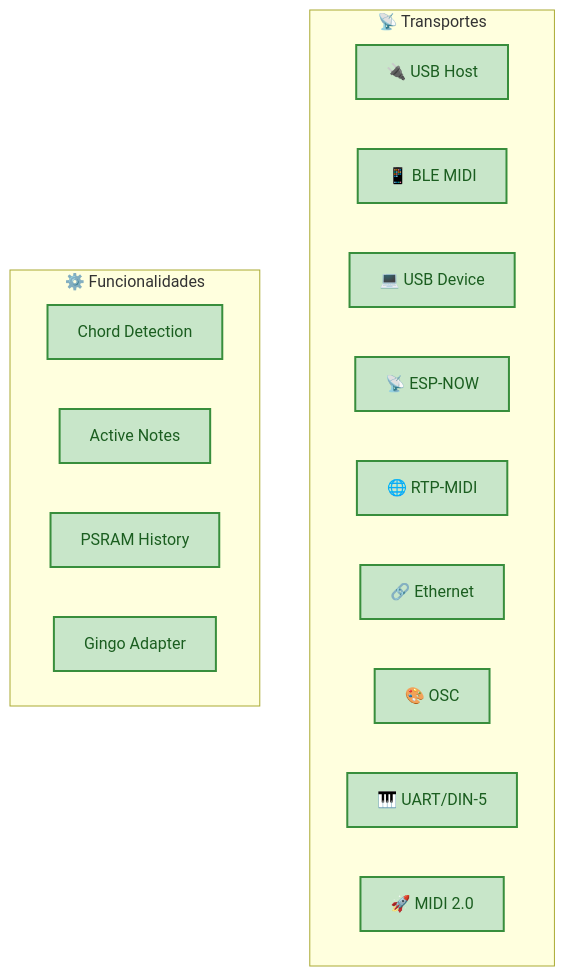
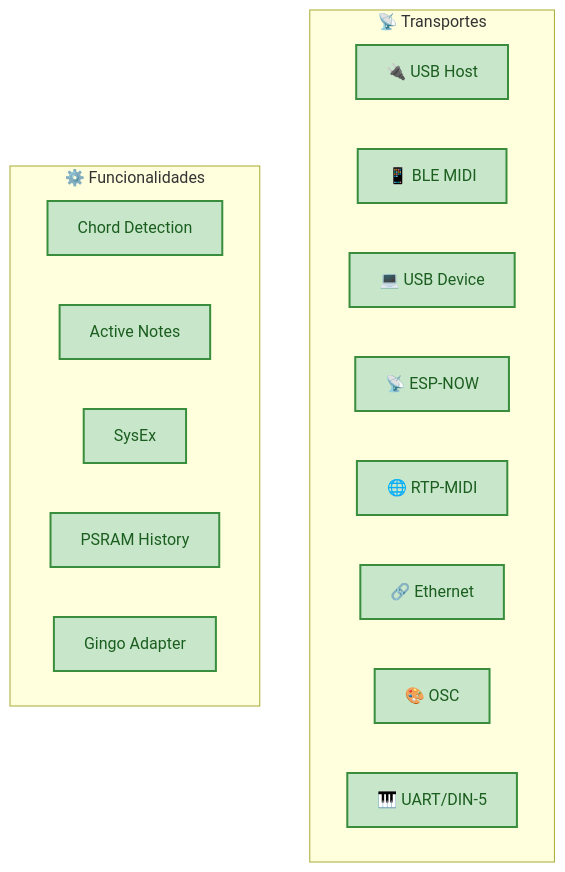
Before and after one commit to sauloverissimo/ESP32_Host_MIDI: the diagram in docs/roadmap.md, drawn with Mermaid. The commit also changed other lines of this file and 20 other files, not shown here.

Commit message:
Add AM_MIDI2.0Lib adapter, SysEx7 UMP, hide proprietary UDP transport

````diff
--- a/docs/roadmap.md
+++ b/docs/roadmap.md
@@ -11,26 +11,26 @@
 ```mermaid
 graph TD
     classDef done fill:#C8E6C9,color:#1B5E20,stroke:#388E3C,stroke-width:2px
     classDef feat fill:#B3E5FC,color:#01579B,stroke:#0288D1,stroke-width:2px
 
     subgraph T["📡 Transportes"]
         direction LR
         USB["🔌 USB Host"]:::done
         BLE["📱 BLE MIDI"]:::done
         USBDEV["💻 USB Device"]:::done
         ESPNOW["📡 ESP-NOW"]:::done
         RTP["🌐 RTP-MIDI"]:::done
         ETH["🔗 Ethernet"]:::done
         OSC["🎨 OSC"]:::done
         UART["🎹 UART/DIN-5"]:::done
-        MIDI2["🚀 MIDI 2.0"]:::done
     end
 
     subgraph F["⚙️ Funcionalidades"]
         direction LR
         CHORD["Chord Detection"]:::done
         ACTIVE["Active Notes"]:::done
+        SYSEX["SysEx"]:::done
         HIST["PSRAM History"]:::done
         GINGO["Gingo Adapter"]:::done
     end
 ```
````
